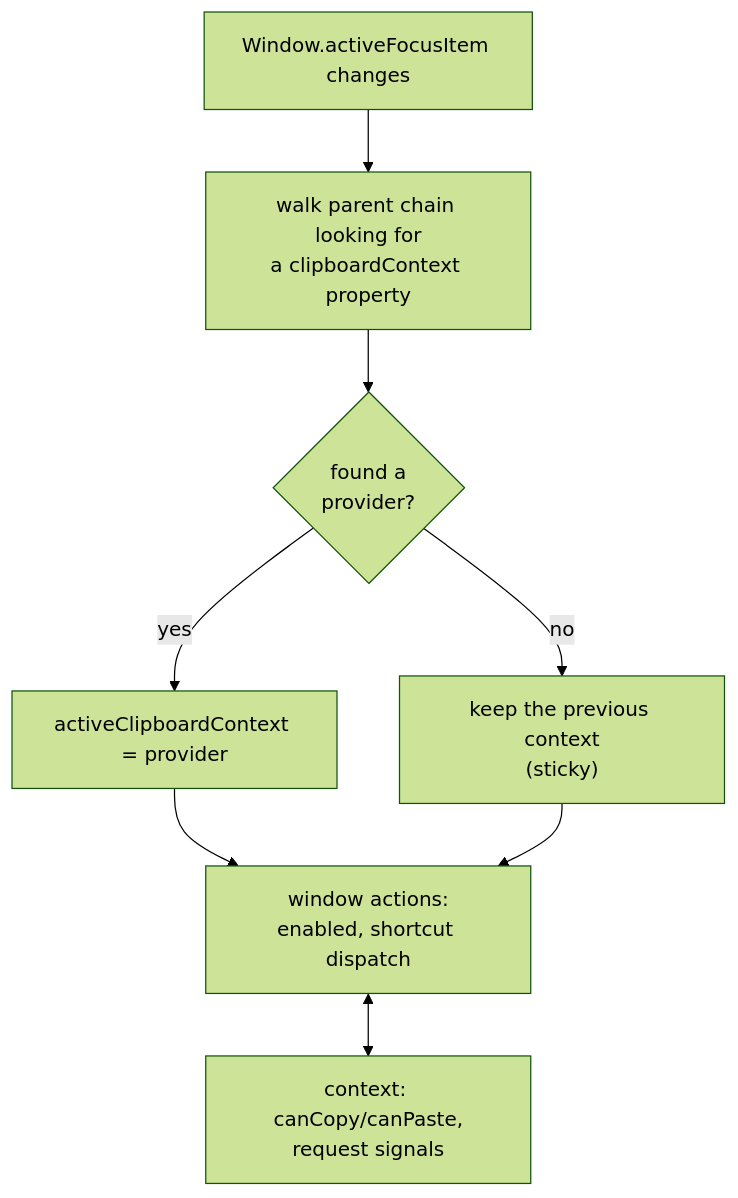
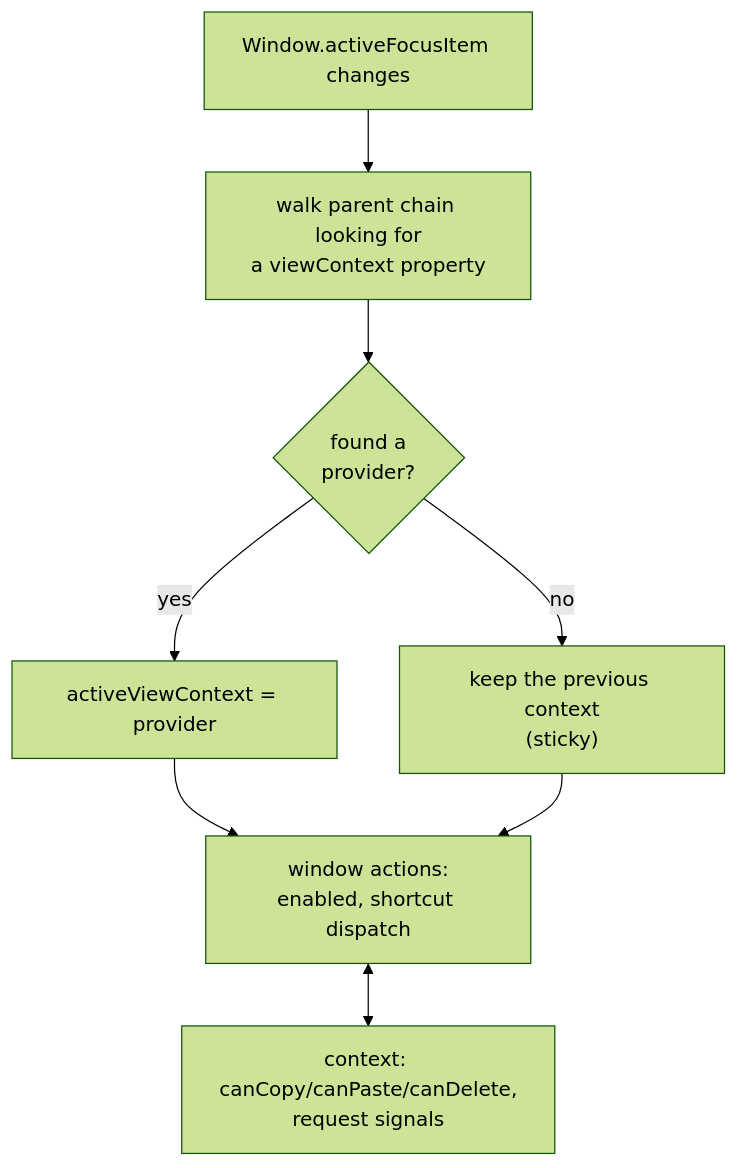
One commit to zrythm/zrythm changed the fourth of 4 diagrams in doc/dev/clipboard_system.md. Above: the diagram before and after it, drawn with Mermaid (forest theme). The commit also changed other lines of this file and 10 other files, not shown here.

First line of the commit message:
ProjectWindow: route delete through the view context and drop activeArranger

````diff
--- a/doc/dev/clipboard_system.md
+++ b/doc/dev/clipboard_system.md
@@ -215,17 +215,17 @@
 ```mermaid
 flowchart TD
     FOCUS["Window.activeFocusItem changes"]
-    WALK["walk parent chain looking for<br/>a clipboardContext property"]
+    WALK["walk parent chain looking for<br/>a viewContext property"]
     STICKY{"found a<br/>provider?"}
-    SET["activeClipboardContext = provider"]
+    SET["activeViewContext = provider"]
     KEEP["keep the previous context<br/>(sticky)"]
     ACTIONS["window actions:<br/>enabled, shortcut dispatch"]
-    CTX["context: canCopy/canPaste,<br/>request signals"]
+    CTX["context: canCopy/canPaste/canDelete,<br/>request signals"]
 
     FOCUS --> WALK --> STICKY
     STICKY -->|yes| SET
     STICKY -->|no| KEEP
     SET --> ACTIONS
     KEEP --> ACTIONS
     ACTIONS <--> CTX
 ```
````
